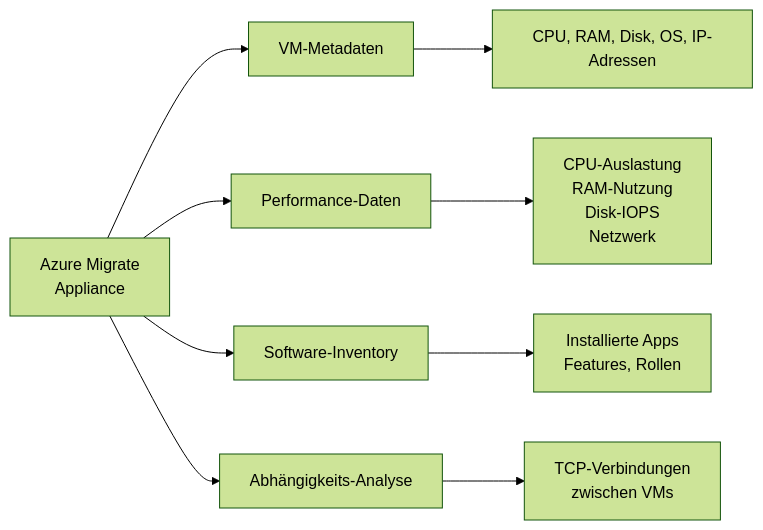
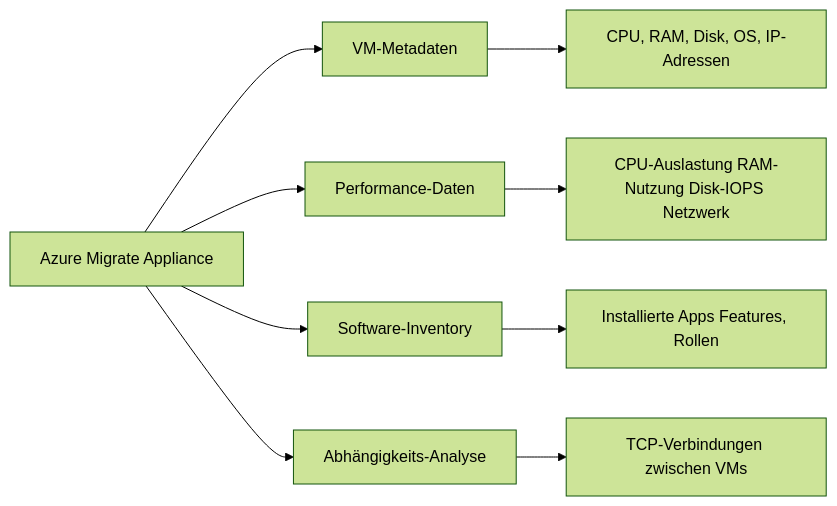
The second of 8 diagrams in Microsoft 365/Azure/Monitor und Management/Azure Migrate.md (SoniiiT/notes-n-docs), drawn with Mermaid (forest theme) before and after one commit. The commit also changed other lines of this file and 124 other files, not shown here.

First line of the commit message:
fix: Entferne \n aus allen Mermaid-Diagrammen (125 Dateien)

````diff
--- a/Microsoft 365/Azure/Monitor und Management/Azure Migrate.md
+++ b/Microsoft 365/Azure/Monitor und Management/Azure Migrate.md
@@ -84,11 +84,11 @@
 ```mermaid
 graph LR
-    A[Azure Migrate\nAppliance] --> B[VM-Metadaten]
+    A[Azure Migrate Appliance] --> B[VM-Metadaten]
     A --> C[Performance-Daten]
     A --> D[Software-Inventory]
     A --> E[Abhängigkeits-Analyse]
     B --> F[CPU, RAM, Disk, OS, IP-Adressen]
-    C --> G[CPU-Auslastung\nRAM-Nutzung\nDisk-IOPS\nNetzwerk]
-    D --> H[Installierte Apps\nFeatures, Rollen]
-    E --> I[TCP-Verbindungen\nzwischen VMs]
+    C --> G[CPU-Auslastung RAM-Nutzung Disk-IOPS Netzwerk]
+    D --> H[Installierte Apps Features, Rollen]
+    E --> I[TCP-Verbindungen zwischen VMs]
 ```
````
